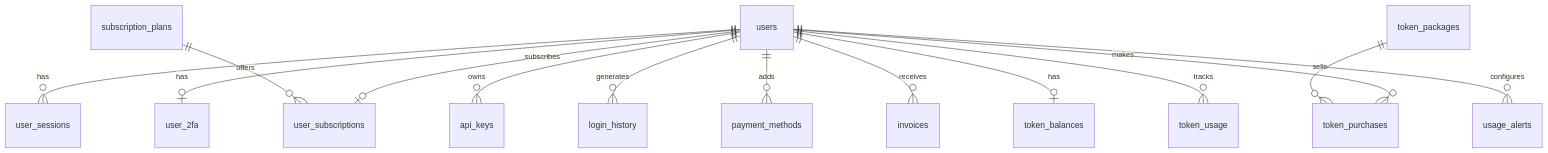
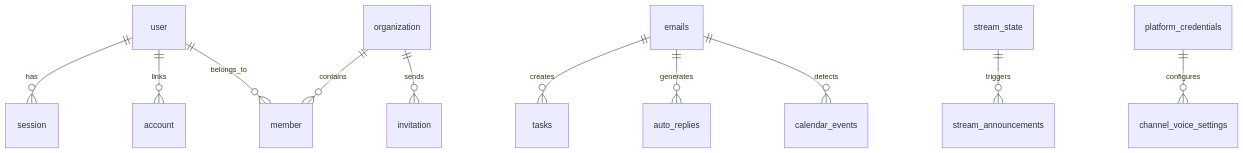
One commit to InstinctBits/convergioai-docs changed the diagram in docs/using/core-concepts/database.md. Above: the diagram before and after it, drawn with Mermaid. The commit also changed other lines of this file and 25 other files, not shown here.

````diff
--- a/docs/using/core-concepts/database.md
+++ b/docs/using/core-concepts/database.md
@@ -69,16 +23,15 @@
 ```mermaid
 erDiagram
-    users ||--o{ user_sessions : has
-    users ||--o| user_2fa : has
-    users ||--o{ api_keys : owns
-    users ||--o{ login_history : generates
-    users ||--o| user_subscriptions : subscribes
-    users ||--o{ payment_methods : adds
-    users ||--o{ invoices : receives
-    users ||--o| token_balances : has
-    users ||--o{ token_usage : tracks
-    users ||--o{ token_purchases : makes
-    users ||--o{ usage_alerts : configures
-    subscription_plans ||--o{ user_subscriptions : offers
-    token_packages ||--o{ token_purchases : sells
+    user ||--o{ session : has
+    user ||--o{ account : links
+    user ||--o{ member : belongs_to
+    organization ||--o{ member : contains
+    organization ||--o{ invitation : sends
+
+    emails ||--o{ tasks : creates
+    emails ||--o{ auto_replies : generates
+    emails ||--o{ calendar_events : detects
+
+    stream_state ||--o{ stream_announcements : triggers
+    platform_credentials ||--o{ channel_voice_settings : configures
 ```
````
